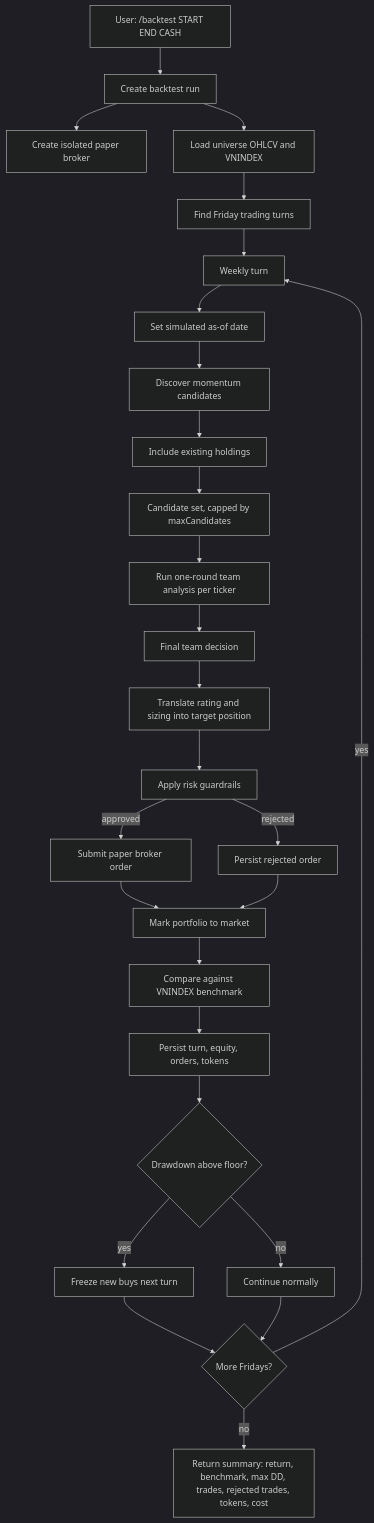
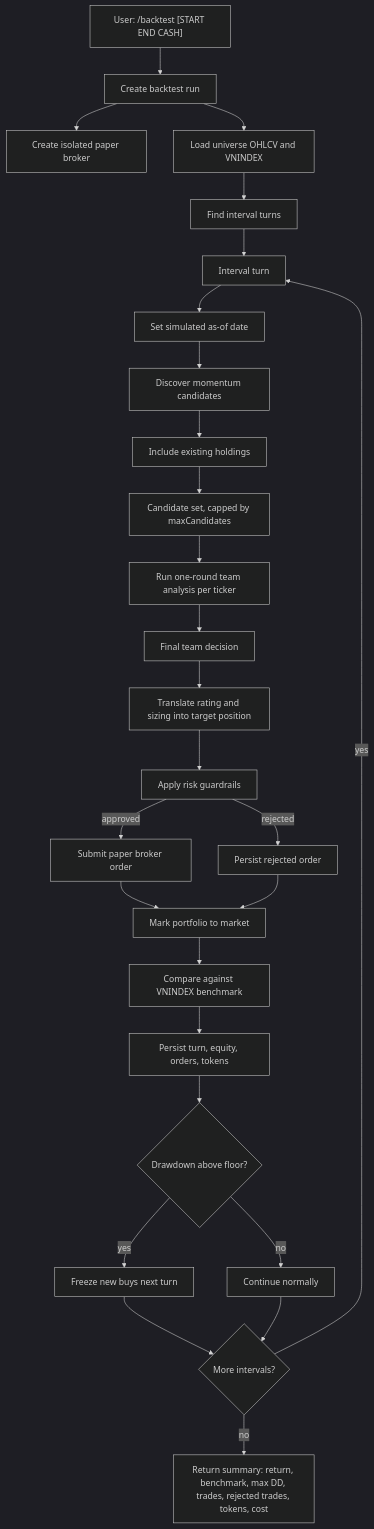
One commit to toreleon/Azoth changed the third of 4 diagrams in docs/agent-team.md. Above: the diagram before and after it, drawn with Mermaid (dark theme). The commit also changed other lines of this file and 18 other files, not shown here.

````diff
--- a/docs/agent-team.md
+++ b/docs/agent-team.md
@@ -144,32 +146,32 @@
 ```mermaid
 flowchart TD
-  User["User: /backtest START END CASH"] --> Init["Create backtest run"]
+  User["User: /backtest [START END CASH]"] --> Init["Create backtest run"]
   Init --> Broker["Create isolated paper broker"]
   Init --> Data["Load universe OHLCV and VNINDEX"]
-  Data --> Fridays["Find Friday trading turns"]
+  Data --> Intervals["Find interval turns"]
 
-  Fridays --> Turn["Weekly turn"]
+  Intervals --> Turn["Interval turn"]
   Turn --> AsOf["Set simulated as-of date"]
   AsOf --> Discovery["Discover momentum candidates"]
   Discovery --> Held["Include existing holdings"]
   Held --> CandidateSet["Candidate set, capped by maxCandidates"]
 
   CandidateSet --> Team["Run one-round team analysis per ticker"]
   Team --> Decision["Final team decision"]
   Decision --> Sizing["Translate rating and sizing into target position"]
   Sizing --> Guardrails["Apply risk guardrails"]
   Guardrails -- approved --> Order["Submit paper broker order"]
   Guardrails -- rejected --> Reject["Persist rejected order"]
 
   Order --> Equity["Mark portfolio to market"]
   Reject --> Equity
   Equity --> Benchmark["Compare against VNINDEX benchmark"]
   Benchmark --> Persist["Persist turn, equity, orders, tokens"]
   Persist --> Drawdown{"Drawdown above floor?"}
   Drawdown -- yes --> Freeze["Freeze new buys next turn"]
   Drawdown -- no --> Continue["Continue normally"]
-  Freeze --> Next{"More Fridays?"}
+  Freeze --> Next{"More intervals?"}
   Continue --> Next
   Next -- yes --> Turn
   Next -- no --> Summary["Return summary: return, benchmark, max DD, trades, rejected trades, tokens, cost"]
 ```
````
